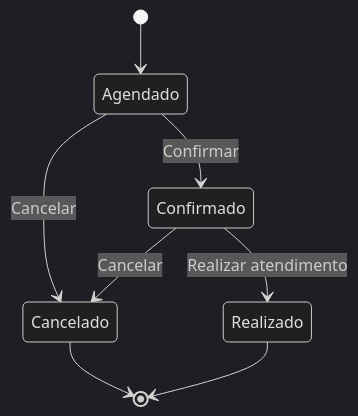
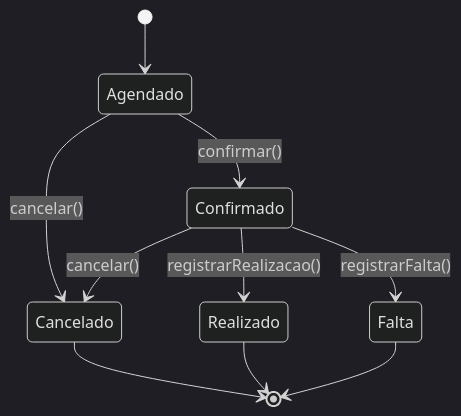
One commit to Icaro230307/AV3-PsiConnect changed the tenth of 14 diagrams in README.md. Above: the diagram before and after it, drawn with Mermaid (dark theme). The commit also changed other lines of this file, not shown here.

````diff
--- a/README.md
+++ b/README.md
@@ -309,13 +605,15 @@
 ```mermaid
 stateDiagram-v2
     [*] --> Agendado
 
-    Agendado --> Confirmado : Confirmar
-    Agendado --> Cancelado : Cancelar
+    Agendado --> Confirmado : confirmar()
+    Agendado --> Cancelado : cancelar()
 
-    Confirmado --> Cancelado : Cancelar
-    Confirmado --> Realizado : Realizar atendimento
+    Confirmado --> Cancelado : cancelar()
+    Confirmado --> Realizado : registrarRealizacao()
+    Confirmado --> Falta : registrarFalta()
 
     Cancelado --> [*]
     Realizado --> [*]
+    Falta --> [*]
 ```
````
